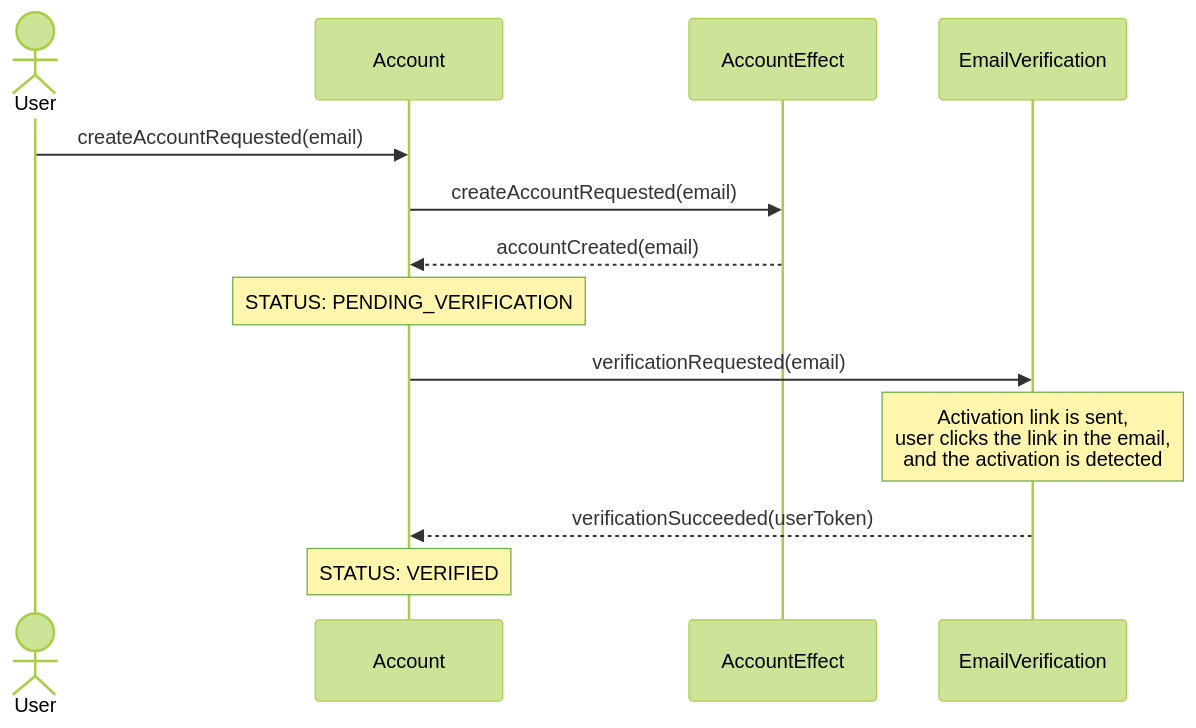
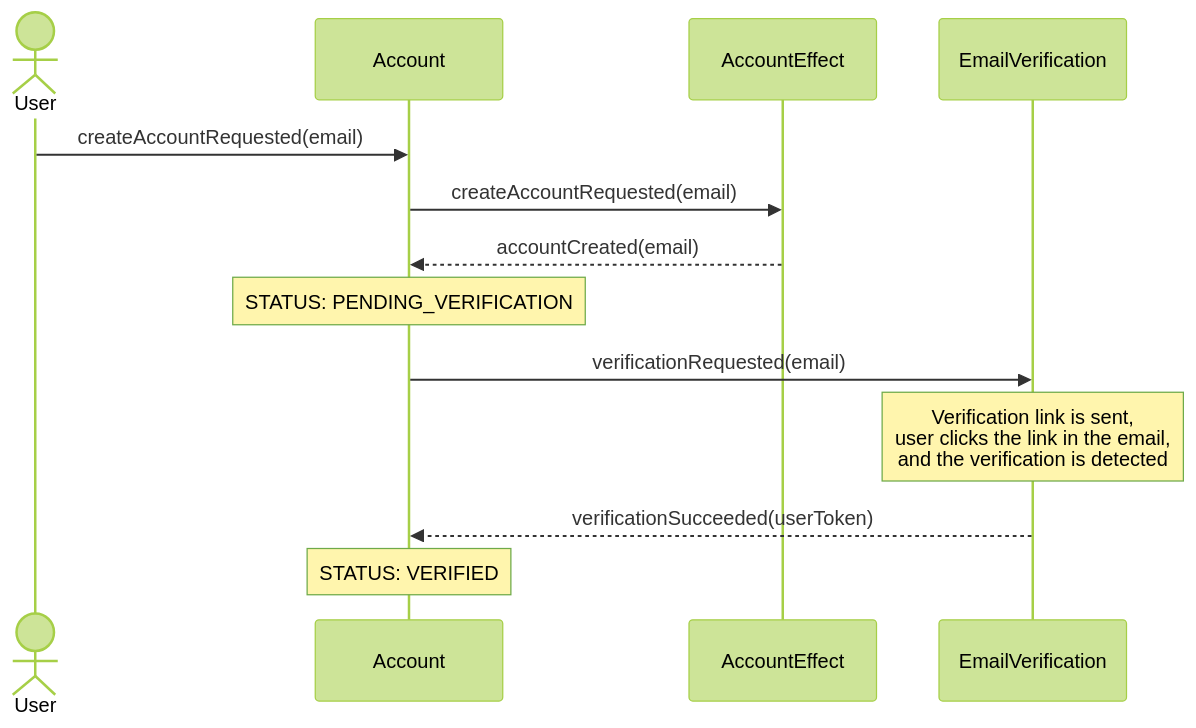
The first of 4 diagrams in docs/workflows/create-account.md (BenLayet/meditation-timer), drawn with Mermaid (forest theme) before and after one commit. The commit also changed other lines of this file and 20 other files, not shown here.

````diff
--- a/docs/workflows/create-account.md
+++ b/docs/workflows/create-account.md
@@ -3,16 +3,16 @@
 ```mermaid
 sequenceDiagram
     actor User
     participant Account
     participant AccountEffect
     participant EmailVerification
 
     User ->> Account: createAccountRequested(email)
     Account ->> AccountEffect: createAccountRequested(email)
     AccountEffect -->> Account: accountCreated(email)
     Note over Account: STATUS: PENDING_VERIFICATION
     Account ->> EmailVerification: verificationRequested(email)
-    Note over EmailVerification: Activation link is sent,<br> user clicks the link in the email, <br>and the activation is detected
+    Note over EmailVerification: Verification link is sent,<br> user clicks the link in the email, <br>and the verification is detected
     EmailVerification -->> Account: verificationSucceeded(userToken)
     Note over Account: STATUS: VERIFIED
 ```
````
